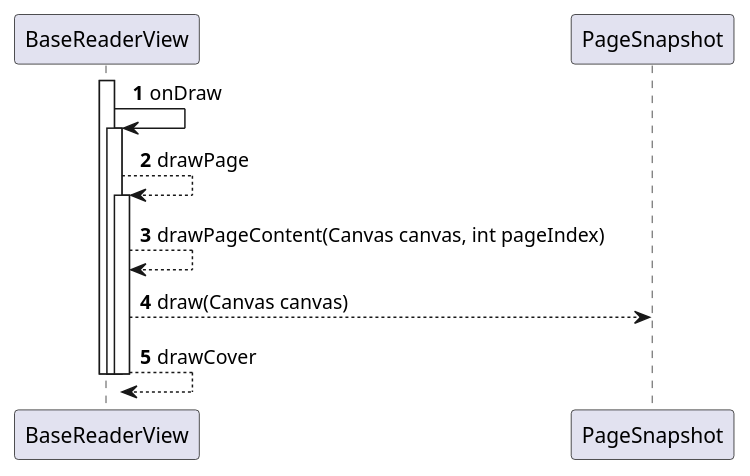
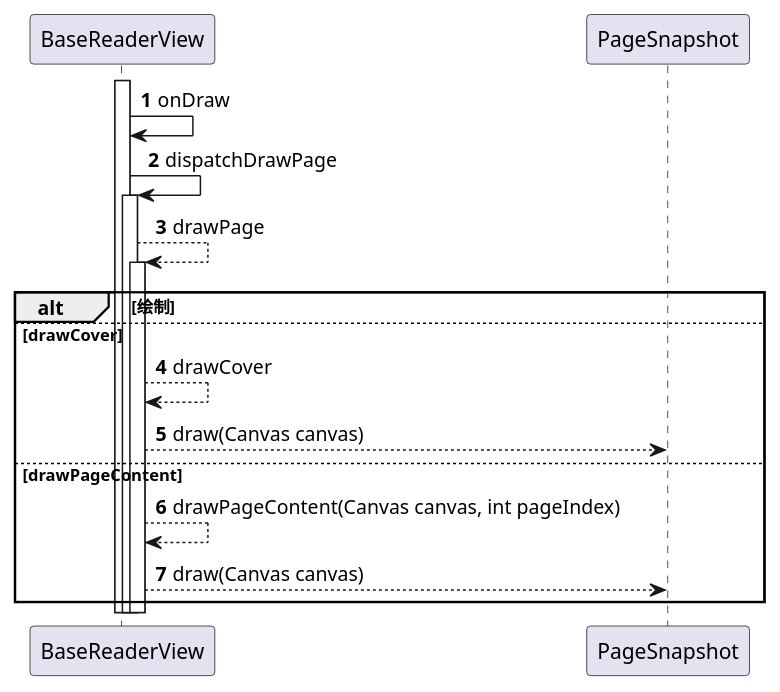
The diagram in uml/reader/module/reader/sequence/reader_ondraw.puml (yufns/uml), drawn with PlantUML before and after one commit. The commit also changed 9 other files, not shown here.

```diff
--- a/uml/reader/module/reader/sequence/reader_ondraw.puml
+++ b/uml/reader/module/reader/sequence/reader_ondraw.puml
@@ -1,17 +1,23 @@
 @startuml
 autonumber
 activate BaseReaderView
-BaseReaderView -> BaseReaderView: onDraw
-activate BaseReaderView
-BaseReaderView --> BaseReaderView: drawPage
-activate BaseReaderView
-BaseReaderView --> BaseReaderView: drawPageContent(Canvas canvas, int pageIndex)
-BaseReaderView --> PageSnapshot: draw(Canvas canvas)
-BaseReaderView --> BaseReaderView: drawCover
-deactivate BaseReaderView
-deactivate BaseReaderView
+  BaseReaderView -> BaseReaderView: onDraw
+  BaseReaderView -> BaseReaderView: dispatchDrawPage
+  activate BaseReaderView
+    BaseReaderView --> BaseReaderView: drawPage
+    activate BaseReaderView
+      alt 绘制
+        else drawCover
+          BaseReaderView --> BaseReaderView: drawCover
+          BaseReaderView --> PageSnapshot: draw(Canvas canvas)
+        else drawPageContent
+          BaseReaderView --> BaseReaderView: drawPageContent(Canvas canvas, int pageIndex)
+          BaseReaderView --> PageSnapshot: draw(Canvas canvas)
+      end
+    deactivate BaseReaderView
+  deactivate BaseReaderView
 deactivate BaseReaderView
 
 
 
 @enduml
```
